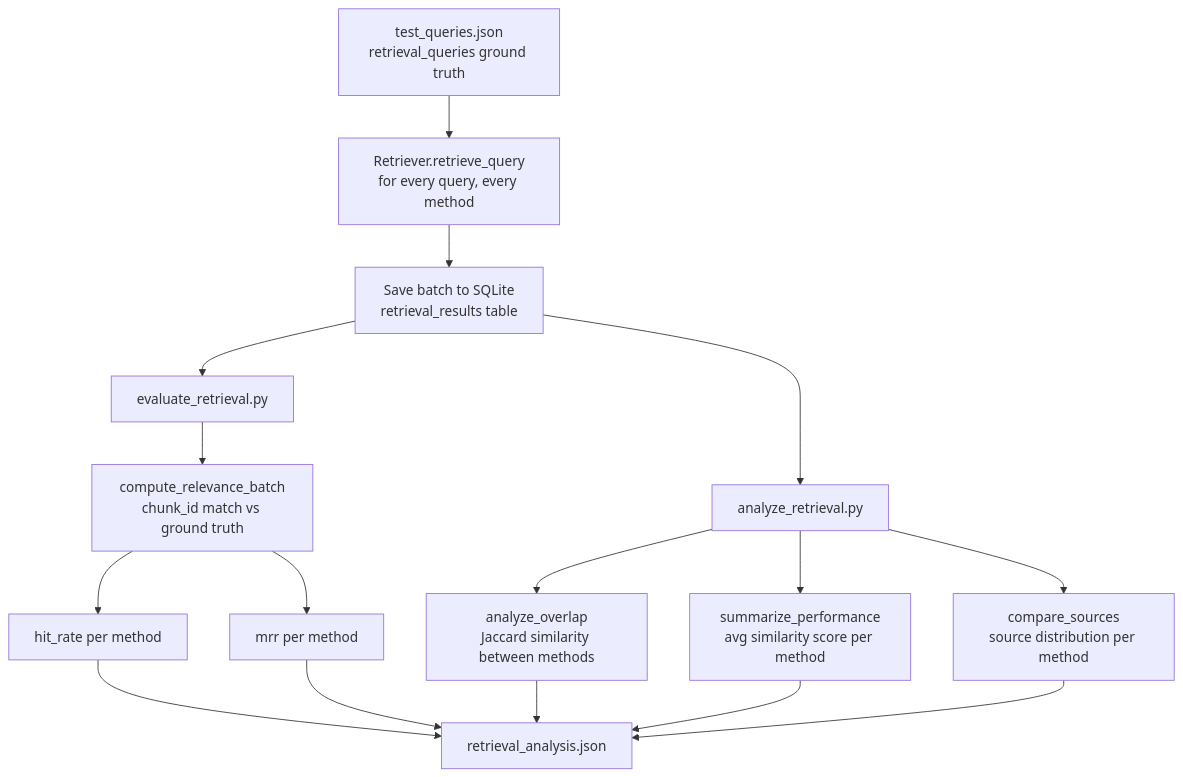
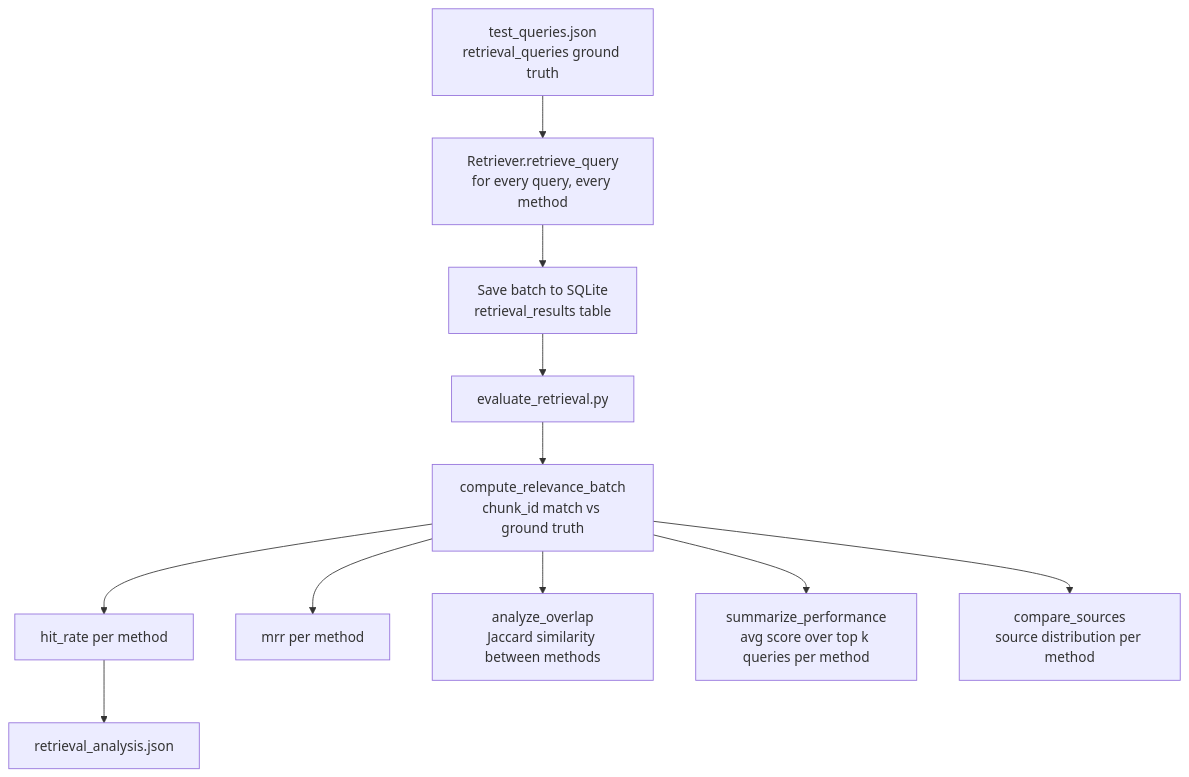
The fourth of 6 diagrams in docs/pipeline.md (GajaNen/urgent_triage_rag_assistant), drawn with Mermaid before and after one commit. The commit also changed 3 other files, not shown here.

````diff
--- a/docs/pipeline.md
+++ b/docs/pipeline.md
@@ -128,18 +128,13 @@
 ```mermaid
 flowchart TD
     A[test_queries.json\nretrieval_queries ground truth] --> B[Retriever.retrieve_query\nfor every query, every method]
     B --> C[Save batch to SQLite\nretrieval_results table]
     C --> D[evaluate_retrieval.py]
     D --> E[compute_relevance_batch\nchunk_id match vs ground truth]
     E --> F[hit_rate per method]
     E --> G[mrr per method]
-    C --> H[analyze_retrieval.py]
-    H --> I[analyze_overlap\nJaccard similarity between methods]
-    H --> J[summarize_performance\navg similarity score per method]
-    H --> K[compare_sources\nsource distribution per method]
+    E--> I[analyze_overlap\nJaccard similarity between methods]
+    E --> J[summarize_performance\navg score over top k queries per method]
+    E --> K[compare_sources\nsource distribution per method]
     F --> L[retrieval_analysis.json]
-    G --> L
-    I --> L
-    J --> L
-    K --> L
 ```
````
